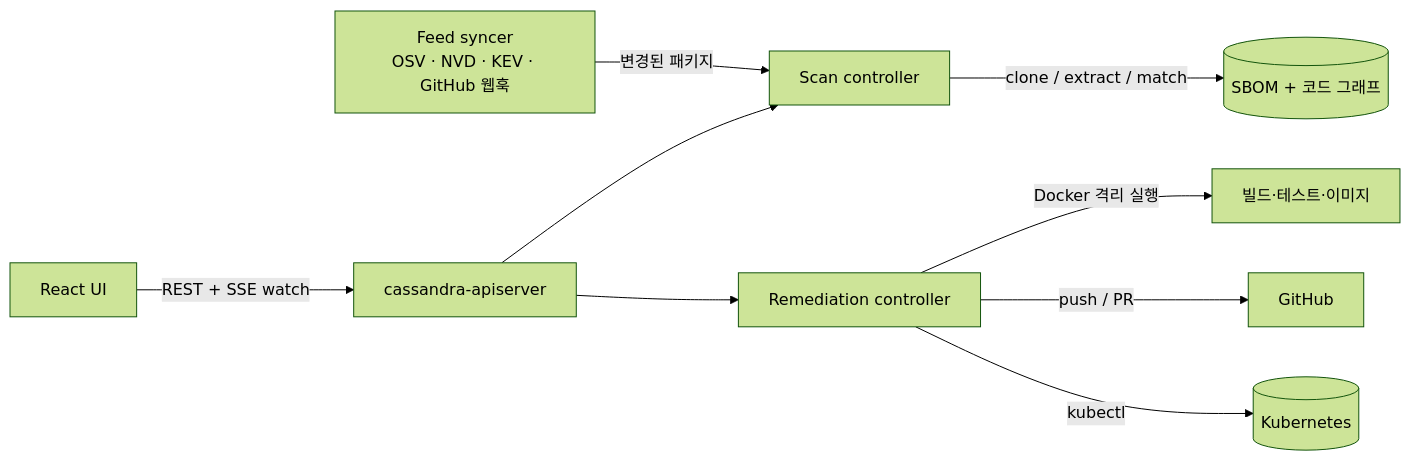
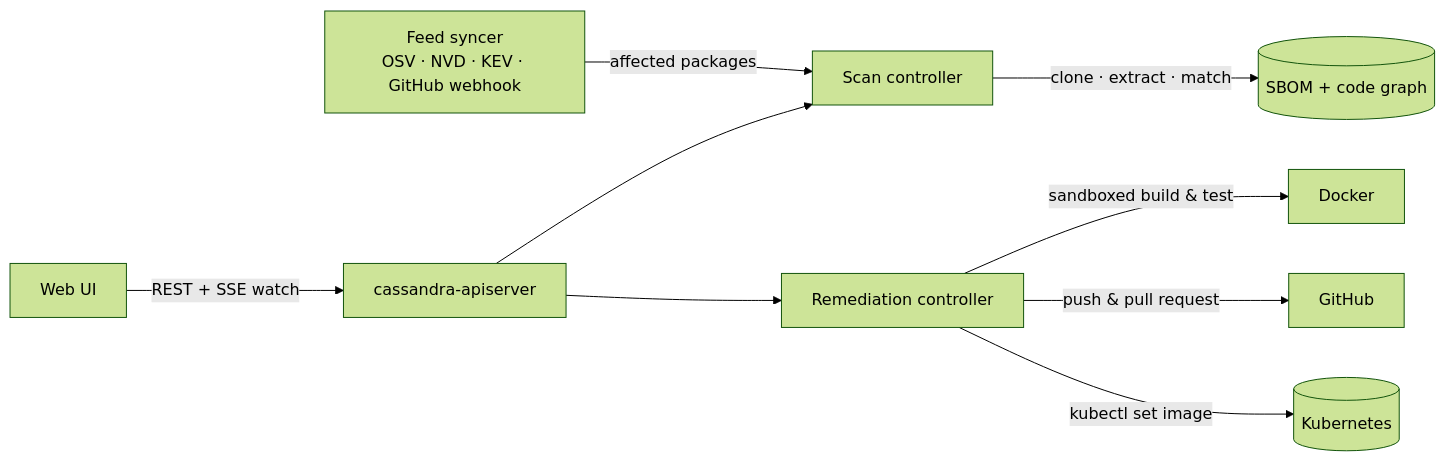
One commit to jinho-yoo-jack/Cassandra changed the diagram in README.md. Above: the diagram before and after it, drawn with Mermaid (forest theme). The commit also changed other lines of this file and 8 other files, not shown here.

````diff
--- a/README.md
+++ b/README.md
@@ -5,11 +71,11 @@
 ```mermaid
 flowchart LR
-  UI[React UI] -- REST + SSE watch --> API[cassandra-apiserver]
+  UI[Web UI] -- REST + SSE watch --> API[cassandra-apiserver]
   API --> SC[Scan controller]
   API --> RC[Remediation controller]
-  SC -- clone / extract / match --> SBOM[(SBOM + 코드 그래프)]
-  FS[Feed syncer<br/>OSV · NVD · KEV · GitHub 웹훅] -- 변경된 패키지 --> SC
-  RC -- Docker 격리 실행 --> R[빌드·테스트·이미지]
-  RC -- push / PR --> GH[GitHub]
-  RC -- kubectl --> K8s[(Kubernetes)]
+  SC -- clone · extract · match --> R[(SBOM + code graph)]
+  FS[Feed syncer<br/>OSV · NVD · KEV · GitHub webhook] -- affected packages --> SC
+  RC -- sandboxed build & test --> D[Docker]
+  RC -- push & pull request --> GH[GitHub]
+  RC -- kubectl set image --> K8s[(Kubernetes)]
 ```
````
